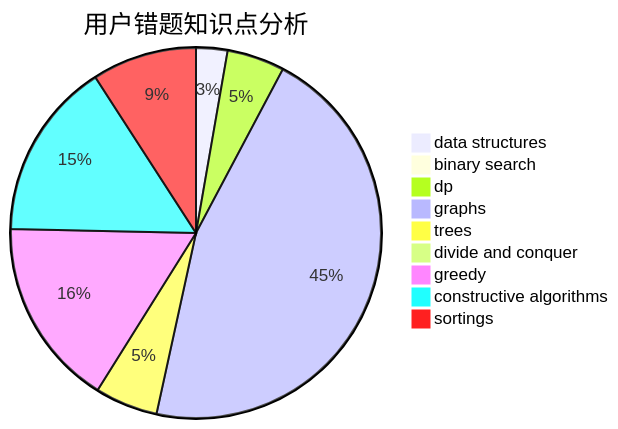
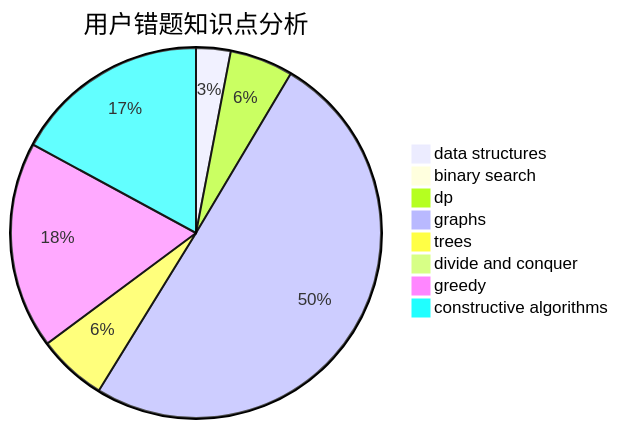
The third of 3 diagrams in docs/user/u2736.md (sherpahu/cfrs.github.io), drawn with Mermaid before and after one commit. The commit also changed other lines of this file and 2769 other files, not shown here.

````diff
--- a/docs/user/u2736.md
+++ b/docs/user/u2736.md
@@ -32,12 +31,11 @@
 ```mermaid
 pie title 用户错题知识点分析
     "data structures" :  6
     "binary search" :  1
     "dp" :  11
     "graphs" :  100
     "trees" :  12
     "divide and conquer" :  0
     "greedy" :  36
     "constructive algorithms" :  34
-    "sortings" :  20
 ```
````
